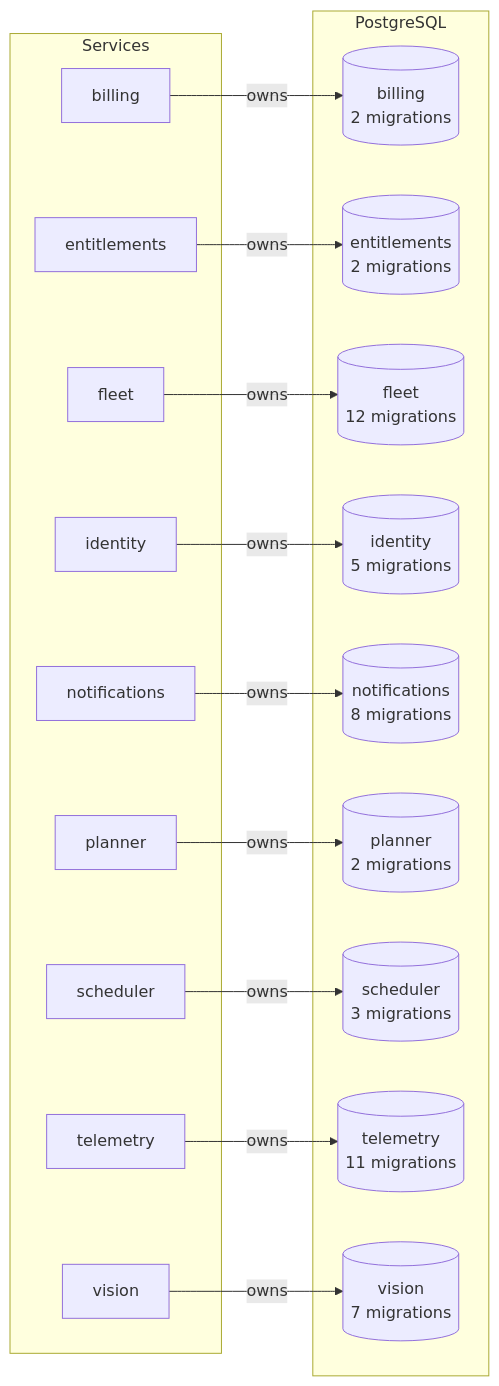
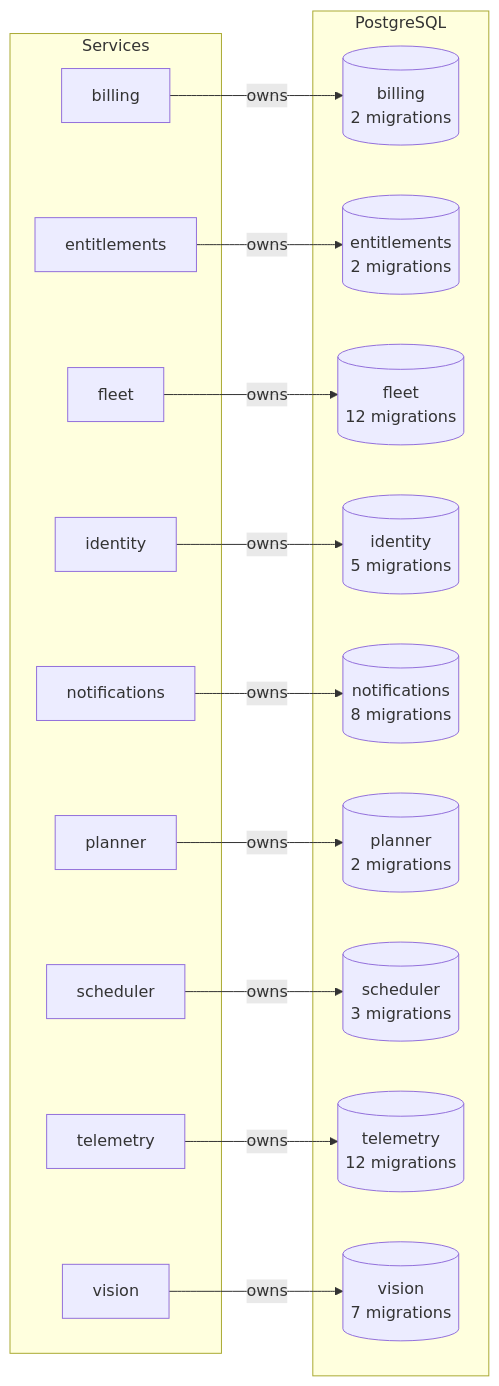
Before and after one commit to lukislp/mowdeck: diagram 15 of 15 in docs/architecture/generated.md, drawn with Mermaid. The commit also changed other lines of this file and 91 other files, not shown here.

````diff
--- a/docs/architecture/generated.md
+++ b/docs/architecture/generated.md
@@ -517,34 +527,34 @@
 ```mermaid
 flowchart LR
   subgraph apps[Services]
     billing["billing"]
     entitlements["entitlements"]
     fleet["fleet"]
     identity["identity"]
     notifications["notifications"]
     planner["planner"]
     scheduler["scheduler"]
     telemetry["telemetry"]
     vision["vision"]
   end
   subgraph pg[PostgreSQL]
     db_billing[("billing<br/>2 migrations")]
     db_entitlements[("entitlements<br/>2 migrations")]
     db_fleet[("fleet<br/>12 migrations")]
     db_identity[("identity<br/>5 migrations")]
     db_notifications[("notifications<br/>8 migrations")]
     db_planner[("planner<br/>2 migrations")]
     db_scheduler[("scheduler<br/>3 migrations")]
-    db_telemetry[("telemetry<br/>11 migrations")]
+    db_telemetry[("telemetry<br/>12 migrations")]
     db_vision[("vision<br/>7 migrations")]
   end
   billing -->|owns| db_billing
   entitlements -->|owns| db_entitlements
   fleet -->|owns| db_fleet
   identity -->|owns| db_identity
   notifications -->|owns| db_notifications
   planner -->|owns| db_planner
   scheduler -->|owns| db_scheduler
   telemetry -->|owns| db_telemetry
   vision -->|owns| db_vision
 ```
````
